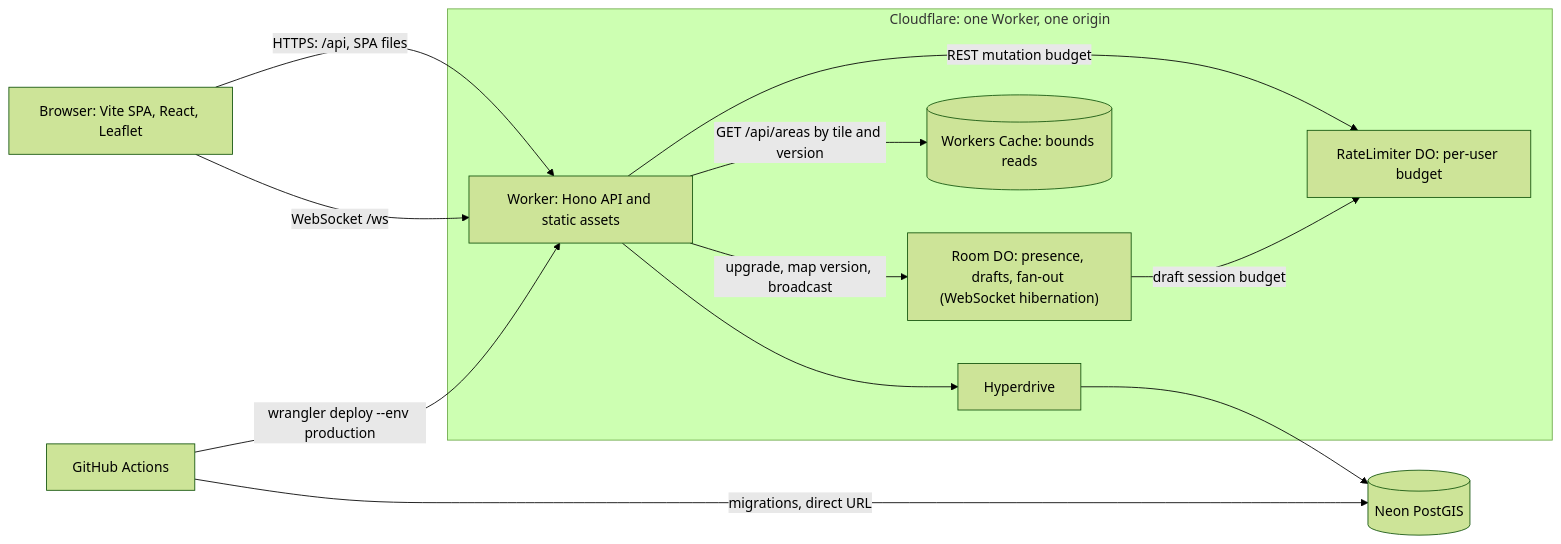
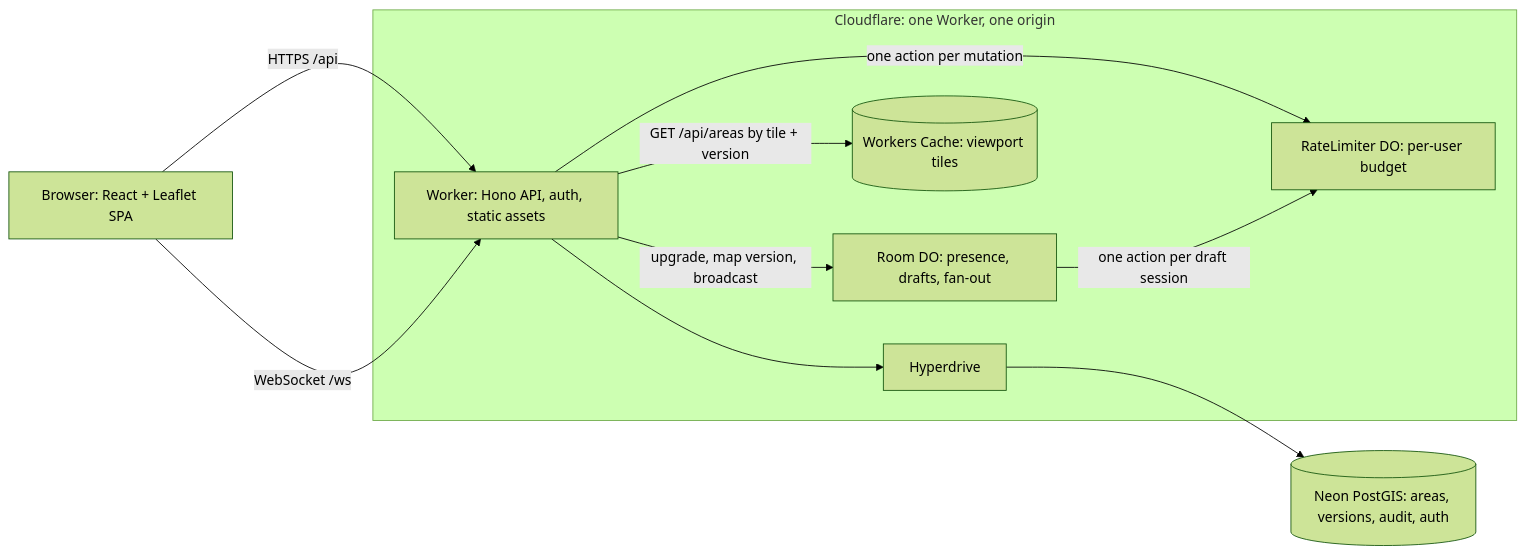
One commit to tomer-dev/collaborative-gis changed the diagram in README.md. Above: the diagram before and after it, drawn with Mermaid (forest theme). The commit also changed other lines of this file and 3 other files, not shown here.

````diff
--- a/README.md
+++ b/README.md
@@ -90,22 +48,19 @@
 ```mermaid
 flowchart LR
-  B["Browser: Vite SPA, React, Leaflet"]
+  B["Browser: React + Leaflet SPA"]
   subgraph CF["Cloudflare: one Worker, one origin"]
-    W["Worker: Hono API and static assets"]
-    R["Room DO: presence, drafts, fan-out (WebSocket hibernation)"]
+    W["Worker: Hono API, auth, static assets"]
+    R["Room DO: presence, drafts, fan-out"]
     L["RateLimiter DO: per-user budget"]
-    C[("Workers Cache: bounds reads")]
+    C[("Workers Cache: viewport tiles")]
     H["Hyperdrive"]
   end
-  N[("Neon PostGIS")]
-  G["GitHub Actions"]
-  B -- "HTTPS: /api, SPA files" --> W
+  N[("Neon PostGIS: areas, versions, audit, auth")]
+  B -- "HTTPS /api" --> W
   B -- "WebSocket /ws" --> W
   W -- "upgrade, map version, broadcast" --> R
-  W -- "REST mutation budget" --> L
-  R -- "draft session budget" --> L
-  W -- "GET /api/areas by tile and version" --> C
+  W -- "one action per mutation" --> L
+  R -- "one action per draft session" --> L
+  W -- "GET /api/areas by tile + version" --> C
   W --> H --> N
-  G -- "wrangler deploy --env production" --> W
-  G -- "migrations, direct URL" --> N
 ```
````
